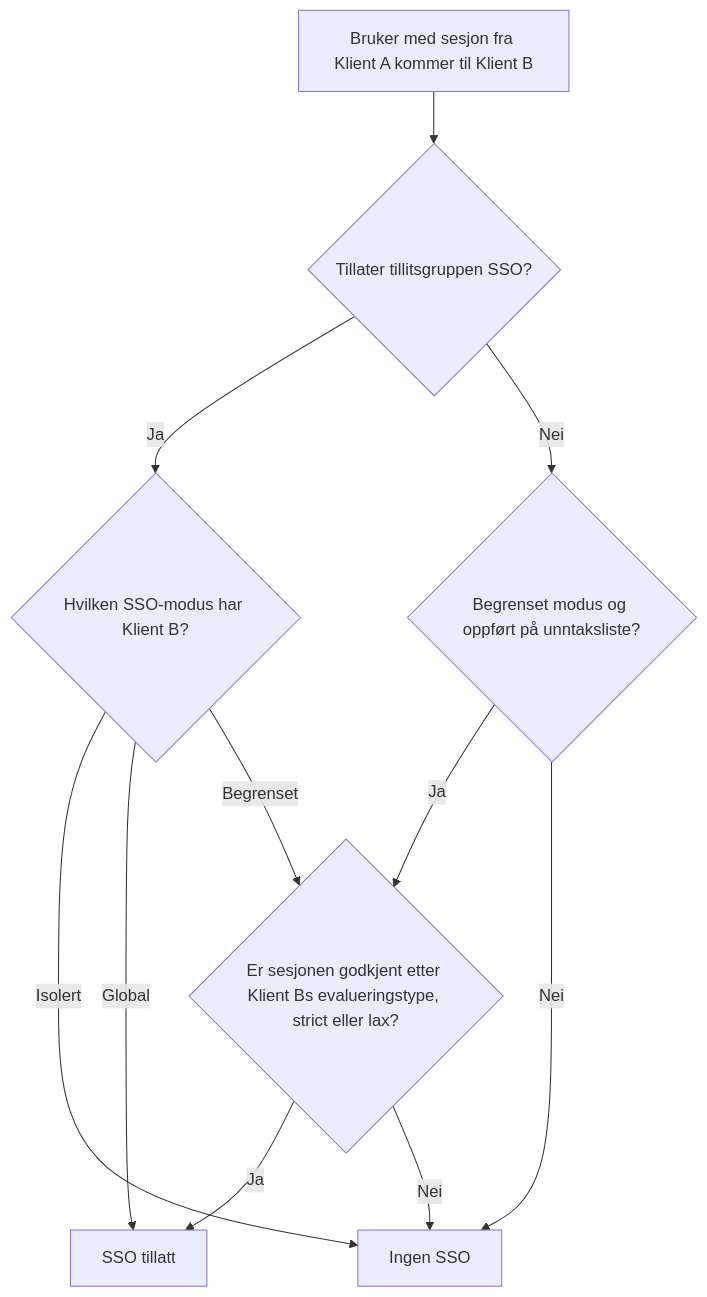
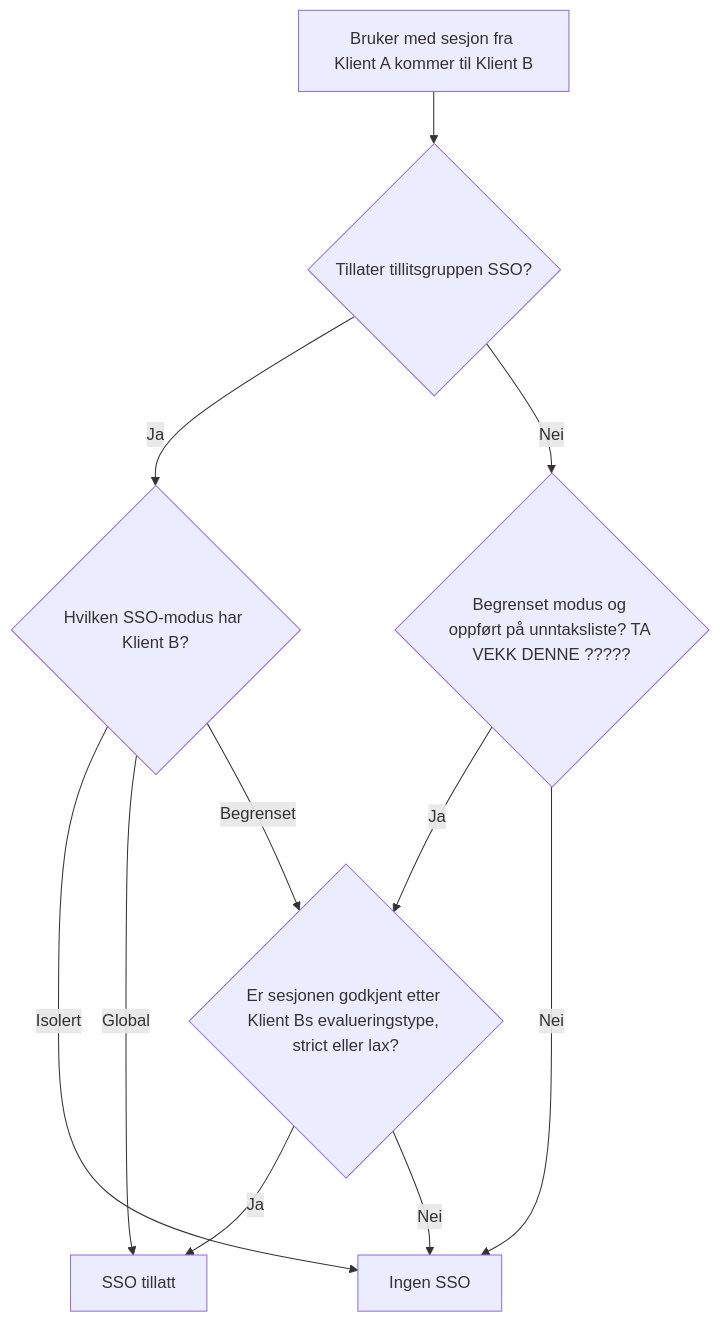
One commit to felleslosninger/docs changed the diagram in _docs/idporten/oidc/oidc_sso_grupper.md. Above: the diagram before and after it, drawn with Mermaid. The commit also changed other lines of this file, not shown here.

```diff
--- a/_docs/idporten/oidc/oidc_sso_grupper.md
+++ b/_docs/idporten/oidc/oidc_sso_grupper.md
@@ -75,13 +75,13 @@
 <div class="mermaid">
 graph TD
     A[Bruker med sesjon fra Klient A kommer til Klient B] --> B{Tillater tillitsgruppen SSO?}
     B -- Ja --> C{Hvilken SSO-modus har Klient B?}
     C -- Isolert --> X[Ingen SSO]
     C -- Global --> D[SSO tillatt]
     C -- Begrenset --> E{Er sesjonen godkjent etter Klient Bs evalueringstype, strict eller lax?}
     E -- Ja --> D
     E -- Nei --> X
-    B -- Nei --> F{Begrenset modus og oppført på unntaksliste?}
+    B -- Nei --> F{Begrenset modus og oppført på unntaksliste? TA VEKK DENNE ?????}
     F -- Ja --> E
     F -- Nei --> X
 </div>
```
